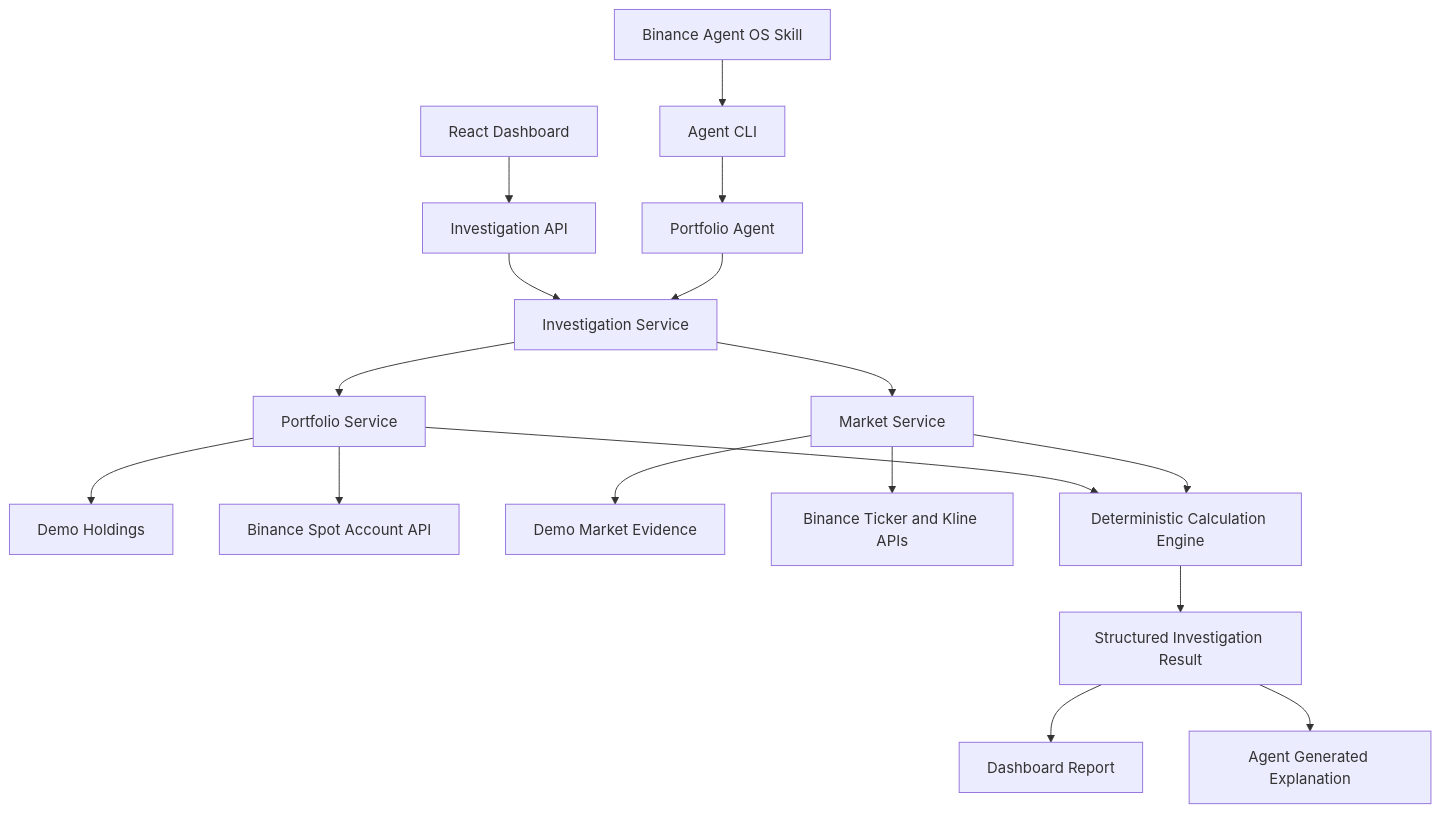
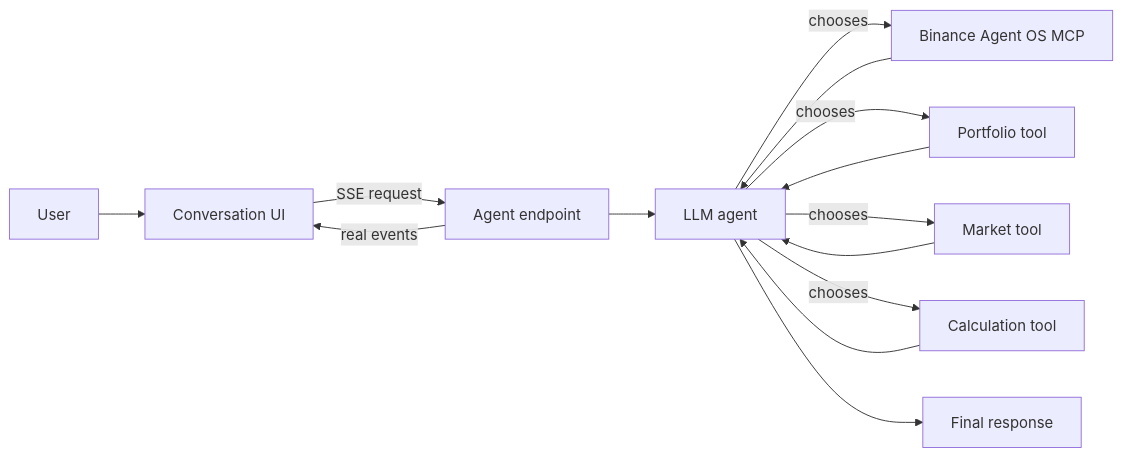
The diagram in README.md (AlleyNawaz/portfolio-detective-binance-agent-os), drawn with Mermaid before and after one commit. The commit also changed other lines of this file and 18 other files, not shown here.

Commit message:
Refactor into real tool-calling agent

````diff
--- a/README.md
+++ b/README.md
@@ -109,23 +11,16 @@
 ```mermaid
-flowchart TD
-    UI[React Dashboard] --> API[Investigation API]
-    SKILL[Binance Agent OS Skill] --> CLI[Agent CLI]
-    CLI --> AGENT[Portfolio Agent]
-    API --> SERVICE[Investigation Service]
-    AGENT --> SERVICE
-
-    SERVICE --> PORTFOLIO[Portfolio Service]
-    SERVICE --> MARKET[Market Service]
-
-    PORTFOLIO --> DEMO[Demo Holdings]
-    PORTFOLIO --> ACCOUNT[Binance Spot Account API]
-    MARKET --> SAMPLE[Demo Market Evidence]
-    MARKET --> BINANCE[Binance Ticker and Kline APIs]
-
-    PORTFOLIO --> ENGINE[Deterministic Calculation Engine]
-    MARKET --> ENGINE
-    ENGINE --> RESULT[Structured Investigation Result]
-
-    RESULT --> REPORT[Dashboard Report]
-    RESULT --> SUMMARY[Agent Generated Explanation]
+flowchart LR
+    U[User] --> UI[Conversation UI]
+    UI -->|SSE request| API[Agent endpoint]
+    API --> LLM[LLM agent]
+    LLM -->|chooses| MCP[Binance Agent OS MCP]
+    LLM -->|chooses| PORT[Portfolio tool]
+    LLM -->|chooses| MARKET[Market tool]
+    LLM -->|chooses| CALC[Calculation tool]
+    MCP --> LLM
+    PORT --> LLM
+    MARKET --> LLM
+    CALC --> LLM
+    LLM --> REPORT[Final response]
+    API -->|real events| UI
 ```
````
